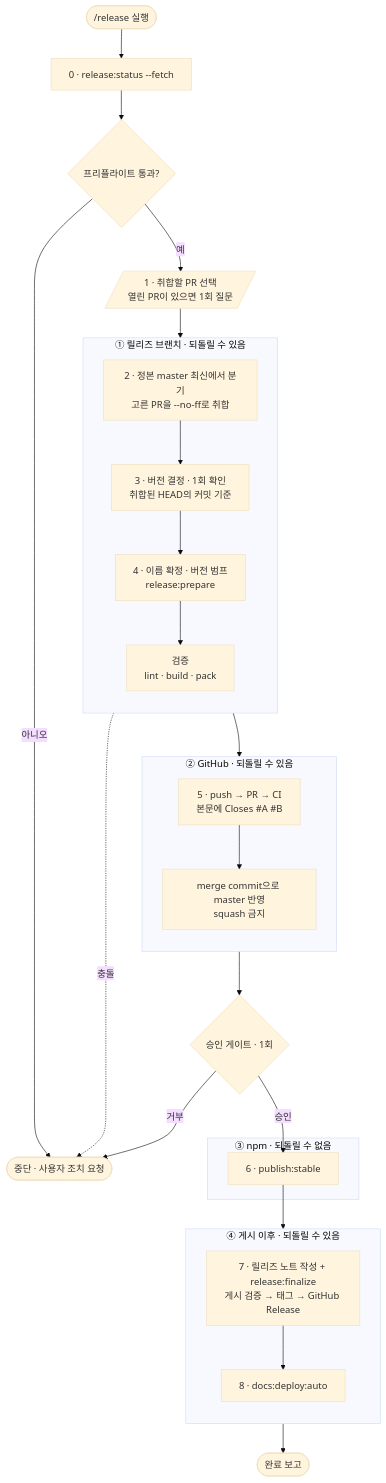
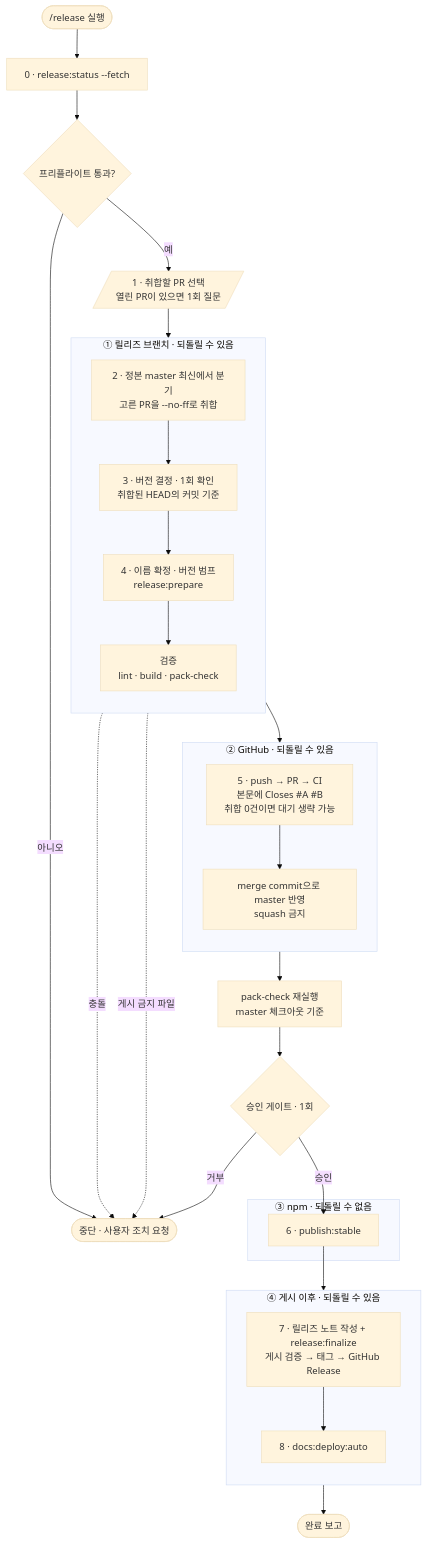
One commit to naver/egjs-flicking changed the first of 3 diagrams in dev-guide/PUBLISH_GUIDE.md. Above: the diagram before and after it, drawn with Mermaid (base theme). The commit also changed other lines of this file and 7 other files, not shown here.

First line of the commit message:
chore(release): 게시 파일 점검·CI 대기 생략·gh 게이트 추가

````diff
--- a/dev-guide/PUBLISH_GUIDE.md
+++ b/dev-guide/PUBLISH_GUIDE.md
@@ -102,39 +136,40 @@
 ```mermaid
 flowchart TD
     A([/release 실행]) --> B["0 · release:status --fetch"]
     B --> G1{"프리플라이트 통과?"}
     G1 -->|아니오| STOP([중단 · 사용자 조치 요청])
     G1 -->|예| S1
 
     S1[/"1 · 취합할 PR 선택<br/>열린 PR이 있으면 1회 질문"/] --> S2
 
     subgraph BR["① 릴리즈 브랜치 · 되돌릴 수 있음"]
         direction TB
-        S2["2 · 정본 master 최신에서 분기<br/>고른 PR을 --no-ff로 취합"] --> S3["3 · 버전 결정 · 1회 확인<br/>취합된 HEAD의 커밋 기준"] --> S4["4 · 이름 확정 · 버전 범프<br/>release:prepare"] --> S4V["검증<br/>lint · build · pack"]
+        S2["2 · 정본 master 최신에서 분기<br/>고른 PR을 --no-ff로 취합"] --> S3["3 · 버전 결정 · 1회 확인<br/>취합된 HEAD의 커밋 기준"] --> S4["4 · 이름 확정 · 버전 범프<br/>release:prepare"] --> S4V["검증<br/>lint · build · pack-check"]
     end
 
     S2 -.->|충돌| STOP
+    S4V -.->|게시 금지 파일| STOP
     S4V --> S5
 
     subgraph GH["② GitHub · 되돌릴 수 있음"]
         direction TB
-        S5["5 · push → PR → CI<br/>본문에 Closes #A #B"] --> S5M["merge commit으로 master 반영<br/>squash 금지"]
+        S5["5 · push → PR → CI<br/>본문에 Closes #A #B<br/>취합 0건이면 대기 생략 가능"] --> S5M["merge commit으로 master 반영<br/>squash 금지"]
     end
 
-    S5M --> G2{"승인 게이트 · 1회"}
+    S5M --> S6P["pack-check 재실행<br/>master 체크아웃 기준"] --> G2{"승인 게이트 · 1회"}
     G2 -->|거부| STOP
     G2 -->|승인| S6
 
     subgraph NPMZ["③ npm · 되돌릴 수 없음"]
         S6["6 · publish:stable"]
     end
 
     S6 --> S7
 
     subgraph POST["④ 게시 이후 · 되돌릴 수 있음"]
         direction TB
         S7["7 · 릴리즈 노트 작성 + release:finalize<br/>게시 검증 → 태그 → GitHub Release"] --> S8["8 · docs:deploy:auto"]
     end
 
     S8 --> DONE([완료 보고])
 ```
````
